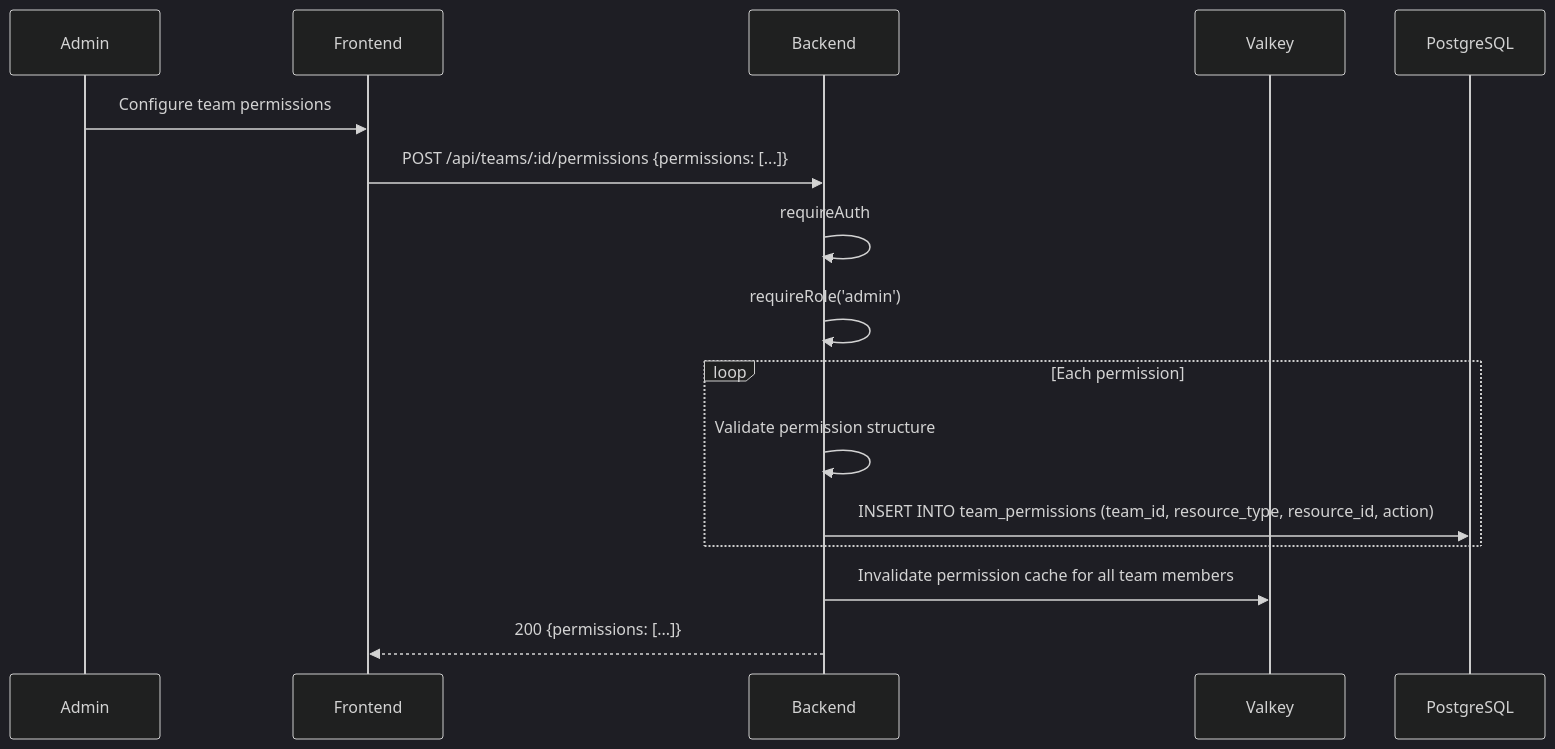
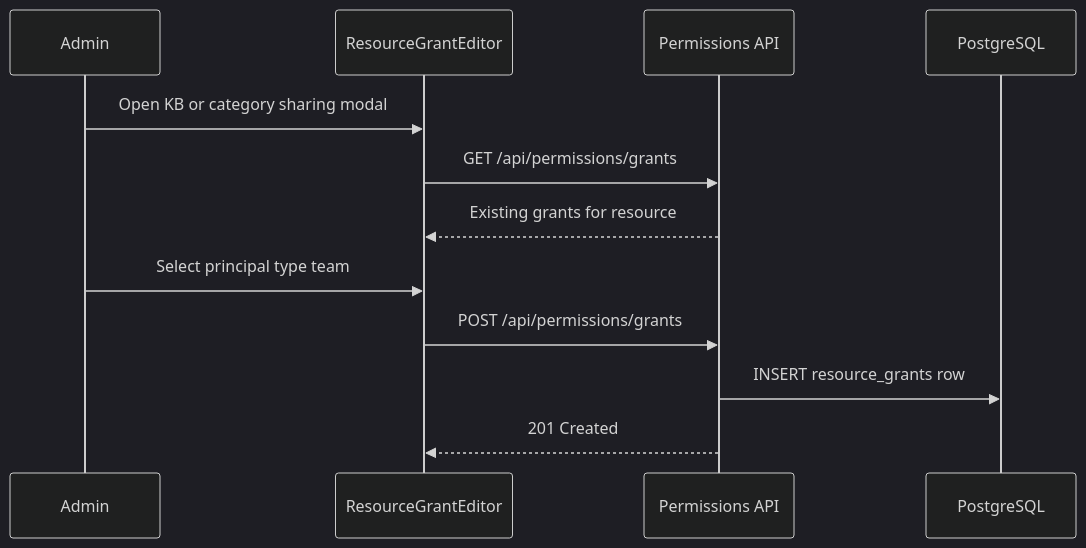
The fourth of 5 diagrams in docs/detail-design/user-team/team-management-detail.md (b-knowledge-solution/b-knowledge), drawn with Mermaid (dark theme) before and after one commit. The commit also changed other lines of this file and 2 other files, not shown here.

First line of the commit message:
docs(09-04): rewrite user and team permission flows

````diff
--- a/docs/detail-design/user-team/team-management-detail.md
+++ b/docs/detail-design/user-team/team-management-detail.md
@@ -74,22 +74,16 @@
 ```mermaid
 sequenceDiagram
     participant Admin
-    participant Frontend
-    participant Backend
-    participant Valkey
+    participant FE as ResourceGrantEditor
+    participant BE as Permissions API
     participant DB as PostgreSQL
 
-    Admin->>Frontend: Configure team permissions
-    Frontend->>Backend: POST /api/teams/:id/permissions {permissions: [...]}
+    Admin->>FE: Open KB or category sharing modal
+    FE->>BE: GET /api/permissions/grants
+    BE-->>FE: Existing grants for resource
 
-    Backend->>Backend: requireAuth
-    Backend->>Backend: requireRole('admin')
-
-    loop Each permission
-        Backend->>Backend: Validate permission structure
-        Backend->>DB: INSERT INTO team_permissions (team_id, resource_type, resource_id, action)
-    end
-
-    Backend->>Valkey: Invalidate permission cache for all team members
-    Backend-->>Frontend: 200 {permissions: [...]}
+    Admin->>FE: Select principal type team
+    FE->>BE: POST /api/permissions/grants
+    BE->>DB: INSERT resource_grants row
+    BE-->>FE: 201 Created
 ```
````
